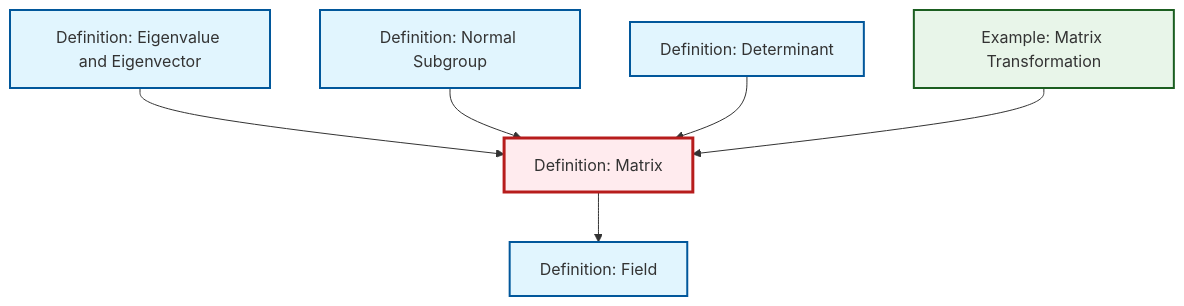
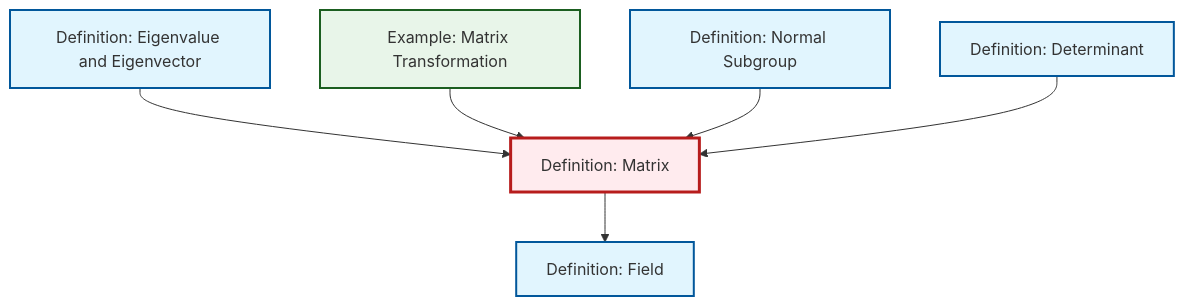
The diagram in content/en/algebra/def-matrix.qmd (RK0429/ModernMath), drawn with Mermaid before and after one commit. The commit also changed other lines of this file and 328 other files, not shown here.

````diff
--- a/content/en/algebra/def-matrix.qmd
+++ b/content/en/algebra/def-matrix.qmd
@@ -59,26 +59,26 @@
 ```{mermaid}
 %%| fig-cap: "Local dependency graph"
 graph TD
     classDef definition fill:#e1f5fe,stroke:#01579b,stroke-width:2px
     classDef theorem fill:#f3e5f5,stroke:#4a148c,stroke-width:2px
     classDef axiom fill:#fff3e0,stroke:#e65100,stroke-width:2px
     classDef example fill:#e8f5e9,stroke:#1b5e20,stroke-width:2px
     classDef current fill:#ffebee,stroke:#b71c1c,stroke-width:3px
+    def-field["Definition: Field"]:::definition
     def-normal-subgroup["Definition: Normal Subgroup"]:::definition
-    def-determinant["Definition: Determinant"]:::definition
+    ex-matrix-transformation["Example: Matrix Transformation"]:::example
     def-eigenvalue-eigenvector["Definition: Eigenvalue and Eigenvector"]:::definition
     def-matrix["Definition: Matrix"]:::definition
-    def-field["Definition: Field"]:::definition
-    ex-matrix-transformation["Example: Matrix Transformation"]:::example
+    def-determinant["Definition: Determinant"]:::definition
+    def-matrix --> def-field
     def-eigenvalue-eigenvector --> def-matrix
-    def-matrix --> def-field
+    ex-matrix-transformation --> def-matrix
     def-normal-subgroup --> def-matrix
     def-determinant --> def-matrix
-    ex-matrix-transformation --> def-matrix
     class def-matrix current
+    click def-field "def-field.html" "Go to Field definition"
     click def-normal-subgroup "def-normal-subgroup.html" "Go to Normal Subgroup definition"
+    click ex-matrix-transformation "ex-matrix-transformation.html" "Go to Matrix Transformation example"
+    click def-eigenvalue-eigenvector "def-eigenvalue-eigenvector.html" "Go to Eigenvalue and Eigenvector definition"
     click def-determinant "def-determinant.html" "Go to Determinant definition"
-    click def-eigenvalue-eigenvector "def-eigenvalue-eigenvector.html" "Go to Eigenvalue and Eigenvector definition"
-    click def-field "def-field.html" "Go to Field definition"
-    click ex-matrix-transformation "ex-matrix-transformation.html" "Go to Matrix Transformation example"
 ```
````
